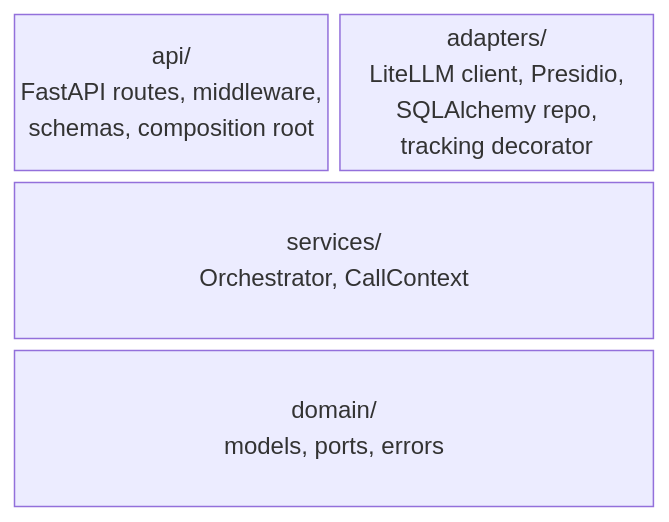
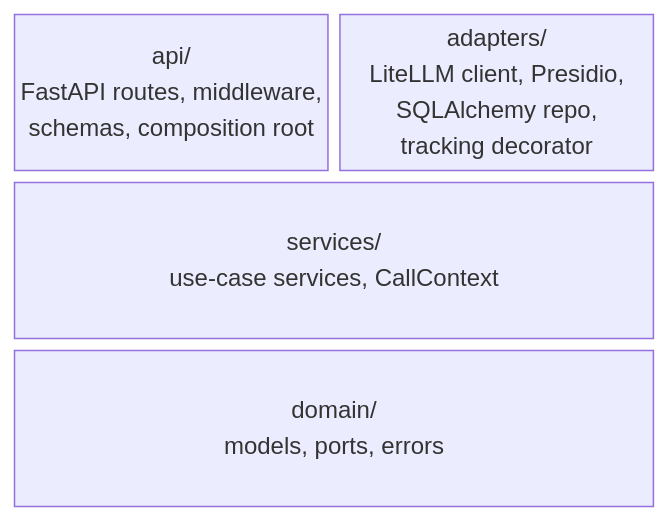
Before and after one commit to rodekruis/qualitative-feedback-analysis: the diagram in docs/architecture/01-architecture-style.md, drawn with Mermaid. The commit also changed other lines of this file and 10 other files, not shown here.

First line of the commit message:
docs: refresh architecture and development docs after Orchestrator removal

````diff
--- a/docs/architecture/01-architecture-style.md
+++ b/docs/architecture/01-architecture-style.md
@@ -18,8 +18,8 @@
 ```mermaid
 block-beta
     columns 2
     api["api/<br/>FastAPI routes, middleware,<br/>schemas, composition root"]
     adapters["adapters/<br/>LiteLLM client, Presidio,<br/>SQLAlchemy repo,<br/>tracking decorator"]
-    services["services/<br/>Orchestrator, CallContext"]:2
+    services["services/<br/>use-case services, CallContext"]:2
     domain["domain/<br/>models, ports, errors"]:2
 ```
````
